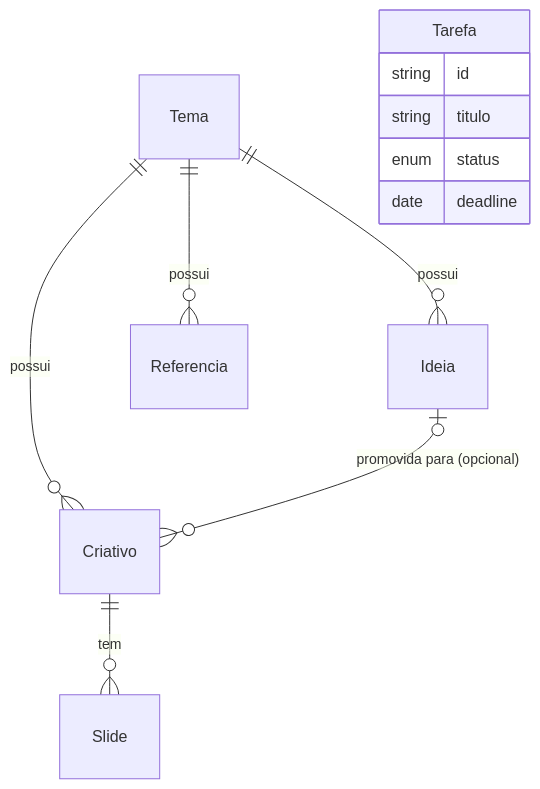
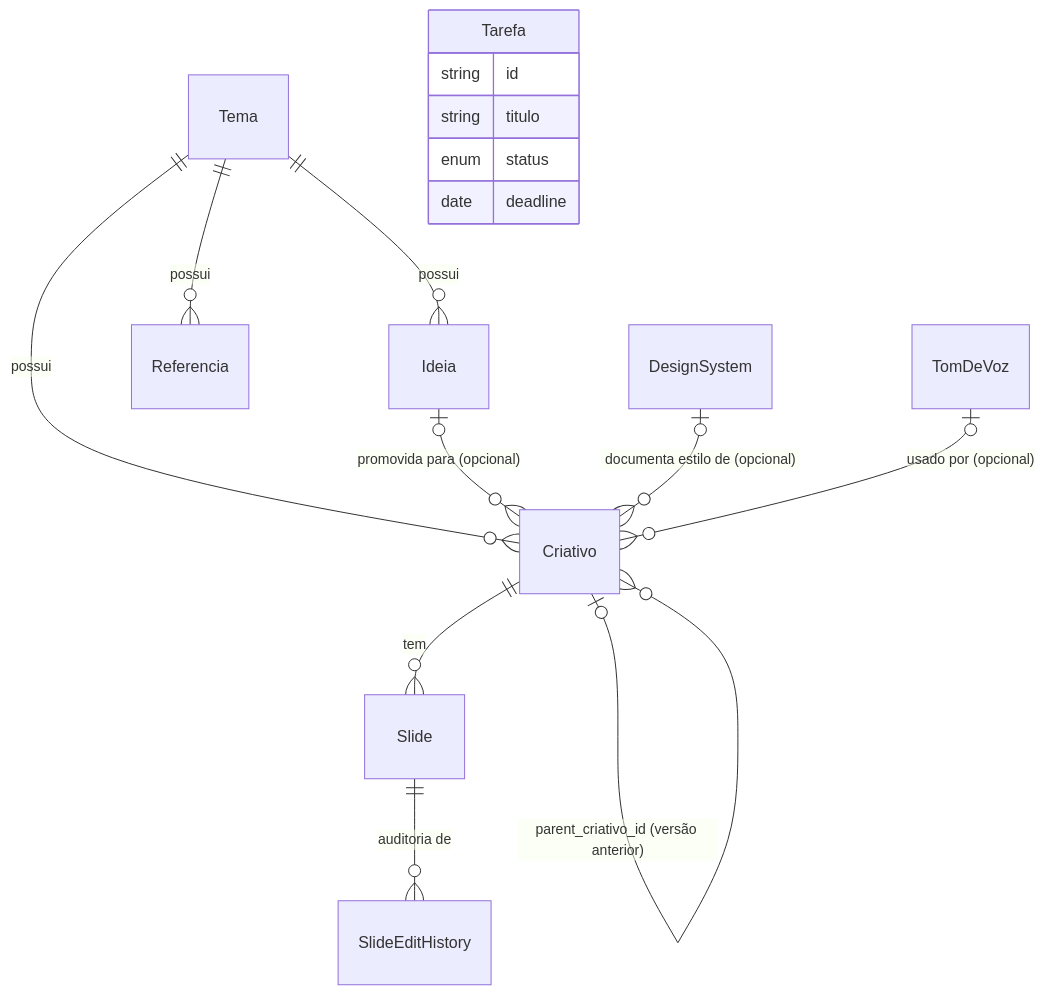
One commit to guyuzo/SocialMediaCreative changed the diagram in esquema-prisma.md. Above: the diagram before and after it, drawn with Mermaid. The commit also changed other lines of this file and 13 other files, not shown here.

````diff
--- a/esquema-prisma.md
+++ b/esquema-prisma.md
@@ -35,14 +41,18 @@
 ```mermaid
 erDiagram
     Tema ||--o{ Ideia : "possui"
     Tema ||--o{ Referencia : "possui"
     Tema ||--o{ Criativo : "possui"
     Ideia |o--o{ Criativo : "promovida para (opcional)"
     Criativo ||--o{ Slide : "tem"
+    Criativo |o--o{ Criativo : "parent_criativo_id (versão anterior)"
+    DesignSystem |o--o{ Criativo : "documenta estilo de (opcional)"
+    TomDeVoz |o--o{ Criativo : "usado por (opcional)"
+    Slide ||--o{ SlideEditHistory : "auditoria de"
     Tarefa {
         string id
         string titulo
         enum status
         date deadline
     }
 ```
````
